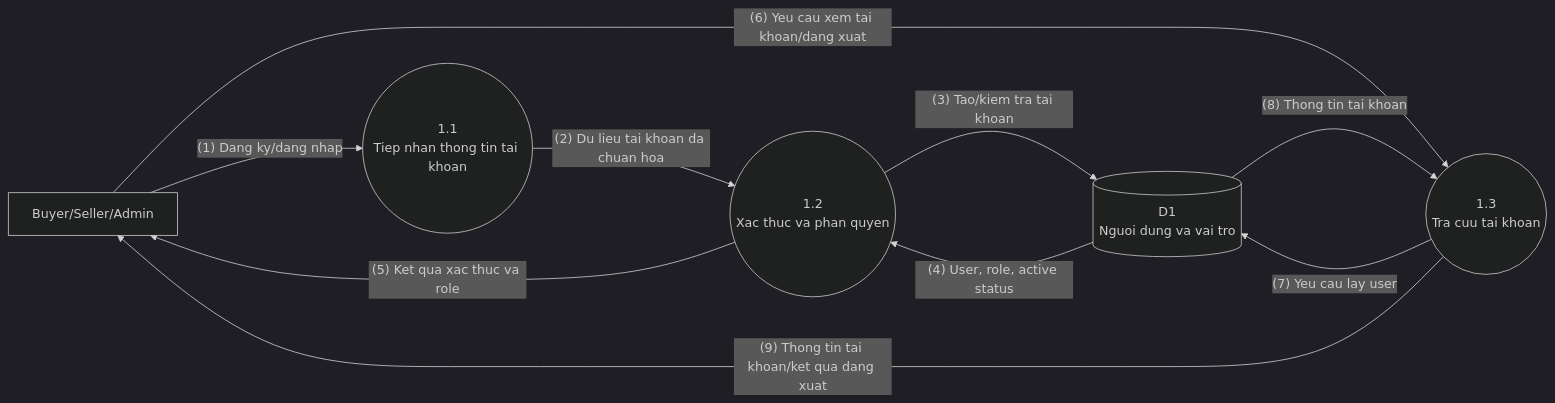
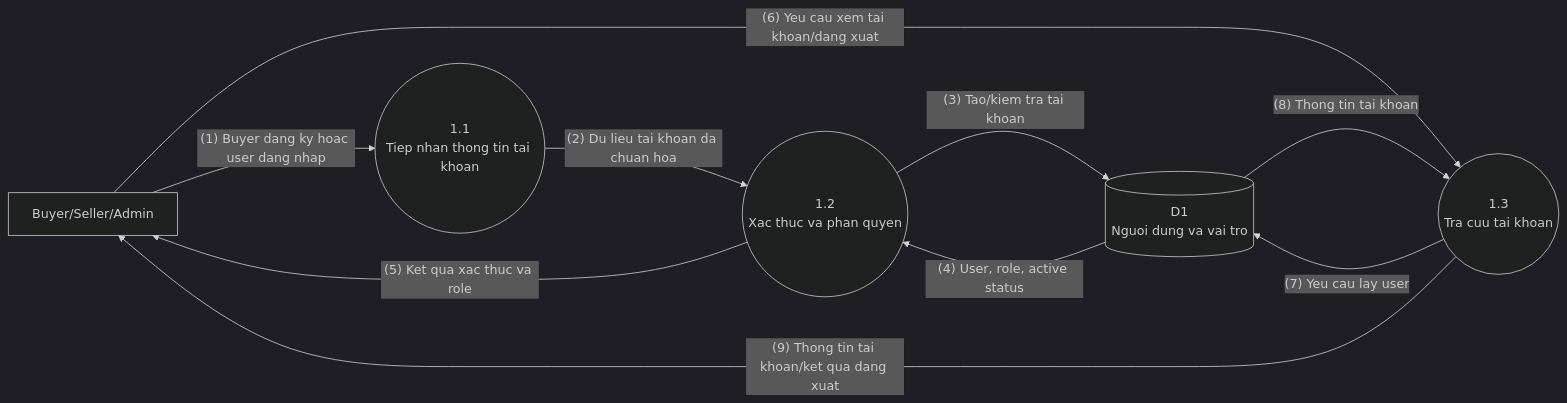
One commit to froynar/Custom_keyboard changed the first of 5 diagrams in Documents_Refactor/Custom_Keyboard_DFD_Level1_Refactor.md. Above: the diagram before and after it, drawn with Mermaid (dark theme). The commit also changed other lines of this file and 6 other files, not shown here.

````diff
--- a/Documents_Refactor/Custom_Keyboard_DFD_Level1_Refactor.md
+++ b/Documents_Refactor/Custom_Keyboard_DFD_Level1_Refactor.md
@@ -7,21 +7,21 @@
 ```mermaid
 flowchart LR
     User["Buyer/Seller/Admin"]
 
     P11(("1.1\nTiep nhan thong tin tai khoan"))
     P12(("1.2\nXac thuc va phan quyen"))
     P13(("1.3\nTra cuu tai khoan"))
 
     D1[("D1\nNguoi dung va vai tro")]
 
-    User -- "(1) Dang ky/dang nhap" --> P11
+    User -- "(1) Buyer dang ky hoac user dang nhap" --> P11
     P11 -- "(2) Du lieu tai khoan da chuan hoa" --> P12
     P12 -- "(3) Tao/kiem tra tai khoan" --> D1
     D1 -- "(4) User, role, active status" --> P12
     P12 -- "(5) Ket qua xac thuc va role" --> User
 
     User -- "(6) Yeu cau xem tai khoan/dang xuat" --> P13
     P13 -- "(7) Yeu cau lay user" --> D1
     D1 -- "(8) Thong tin tai khoan" --> P13
     P13 -- "(9) Thong tin tai khoan/ket qua dang xuat" --> User
 ```
````
